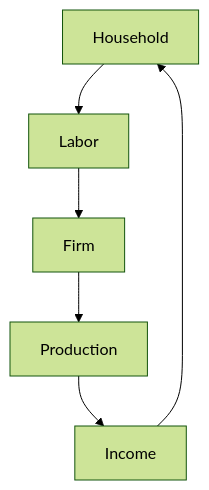
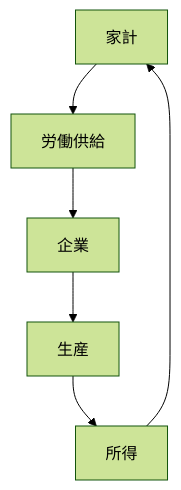
The diagram in _posts/2026-05-24-mermaid-test.md (tokyo-worker/tokyo-worker.github.io), drawn with Mermaid (forest theme) before and after one commit. The commit also changed other lines of this file, not shown here.

```diff
--- a/_posts/2026-05-24-mermaid-test.md
+++ b/_posts/2026-05-24-mermaid-test.md
@@ -10,8 +1,8 @@
 <pre class="mermaid">
 graph TD
-A[Household] --> B[Labor]
-B --> C[Firm]
-C --> D[Production]
-D --> E[Income]
+A["家計"] --> B["労働供給"]
+B --> C["企業"]
+C --> D["生産"]
+D --> E["所得"]
 E --> A
 </pre>
```
